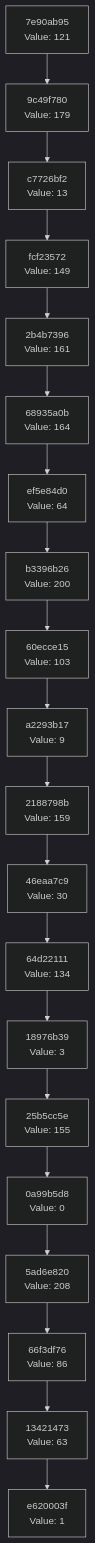
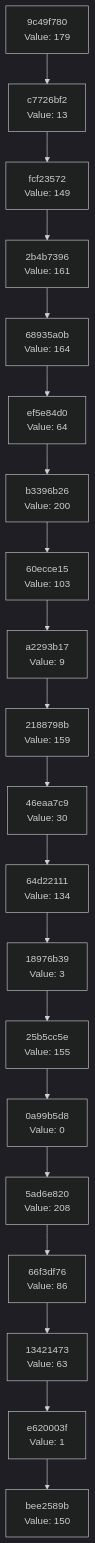
Before and after one commit to Abhisheksinha1506/hash-chain-evolver: the diagram in docs/CHAIN_VISUALIZATION.md, drawn with Mermaid (dark theme). The commit also changed 3 other files, not shown here.

````diff
--- a/docs/CHAIN_VISUALIZATION.md
+++ b/docs/CHAIN_VISUALIZATION.md
@@ -3,42 +3,42 @@
 ```mermaid
 graph TD
-    C0["e620003f<br/>Value: 1"]
-    C1["13421473<br/>Value: 63"]
+    C0["bee2589b<br/>Value: 150"]
+    C1["e620003f<br/>Value: 1"]
     C1 --> C0
-    C2["66f3df76<br/>Value: 86"]
+    C2["13421473<br/>Value: 63"]
     C2 --> C1
-    C3["5ad6e820<br/>Value: 208"]
+    C3["66f3df76<br/>Value: 86"]
     C3 --> C2
-    C4["0a99b5d8<br/>Value: 0"]
+    C4["5ad6e820<br/>Value: 208"]
     C4 --> C3
-    C5["25b5cc5e<br/>Value: 155"]
+    C5["0a99b5d8<br/>Value: 0"]
     C5 --> C4
-    C6["18976b39<br/>Value: 3"]
+    C6["25b5cc5e<br/>Value: 155"]
     C6 --> C5
-    C7["64d22111<br/>Value: 134"]
+    C7["18976b39<br/>Value: 3"]
     C7 --> C6
-    C8["46eaa7c9<br/>Value: 30"]
+    C8["64d22111<br/>Value: 134"]
     C8 --> C7
-    C9["2188798b<br/>Value: 159"]
+    C9["46eaa7c9<br/>Value: 30"]
     C9 --> C8
-    C10["a2293b17<br/>Value: 9"]
+    C10["2188798b<br/>Value: 159"]
     C10 --> C9
-    C11["60ecce15<br/>Value: 103"]
+    C11["a2293b17<br/>Value: 9"]
     C11 --> C10
-    C12["b3396b26<br/>Value: 200"]
+    C12["60ecce15<br/>Value: 103"]
     C12 --> C11
-    C13["ef5e84d0<br/>Value: 64"]
+    C13["b3396b26<br/>Value: 200"]
     C13 --> C12
-    C14["68935a0b<br/>Value: 164"]
+    C14["ef5e84d0<br/>Value: 64"]
     C14 --> C13
-    C15["2b4b7396<br/>Value: 161"]
+    C15["68935a0b<br/>Value: 164"]
     C15 --> C14
-    C16["fcf23572<br/>Value: 149"]
+    C16["2b4b7396<br/>Value: 161"]
     C16 --> C15
-    C17["c7726bf2<br/>Value: 13"]
+    C17["fcf23572<br/>Value: 149"]
     C17 --> C16
-    C18["9c49f780<br/>Value: 179"]
+    C18["c7726bf2<br/>Value: 13"]
     C18 --> C17
-    C19["7e90ab95<br/>Value: 121"]
+    C19["9c49f780<br/>Value: 179"]
     C19 --> C18
 ```
````
